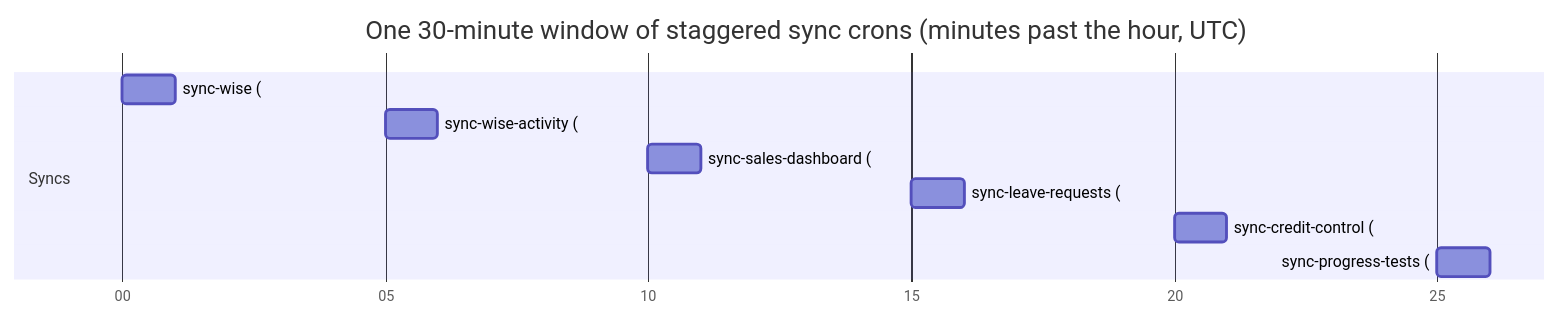
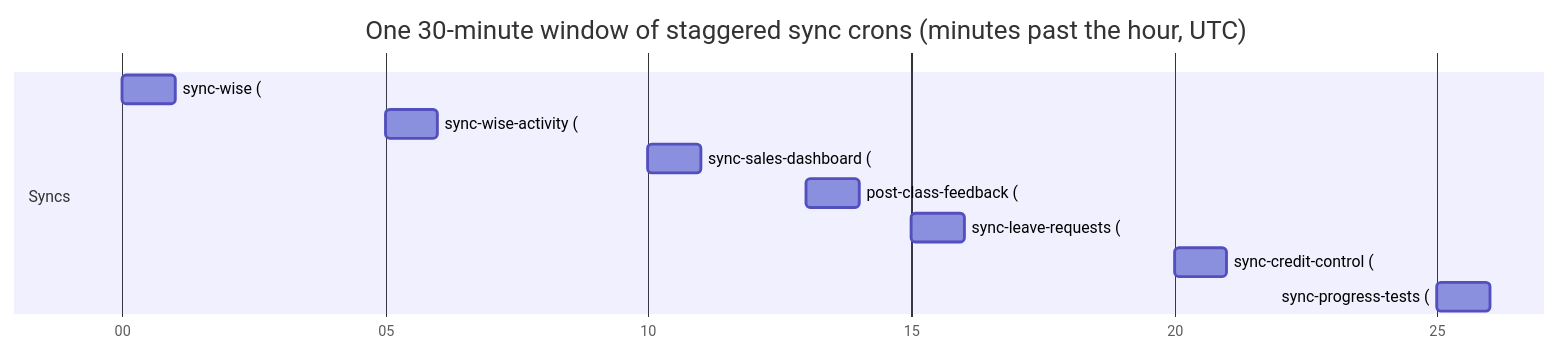
One commit to kasheesh711/bgscheduler changed the diagram in docs/reference/crons.md. Above: the diagram before and after it, drawn with Mermaid. The commit also changed other lines of this file and 93 other files, not shown here.

Commit message:
Add Wise post-class feedback tracking

````diff
--- a/docs/reference/crons.md
+++ b/docs/reference/crons.md
@@ -33,13 +37,14 @@
 ```mermaid
 gantt
     title One 30-minute window of staggered sync crons (minutes past the hour, UTC)
     dateFormat m
     axisFormat %M
     section Syncs
     sync-wise (:00)            :a1, 0, 1m
     sync-wise-activity (:05)   :a2, 5, 1m
     sync-sales-dashboard (:10) :a3, 10, 1m
-    sync-leave-requests (:15)  :a4, 15, 1m
-    sync-credit-control (:20)  :a5, 20, 1m
-    sync-progress-tests (:25)  :a6, 25, 1m
+    post-class-feedback (:13)  :a4, 13, 1m
+    sync-leave-requests (:15)  :a5, 15, 1m
+    sync-credit-control (:20)  :a6, 20, 1m
+    sync-progress-tests (:25)  :a7, 25, 1m
 ```
````
